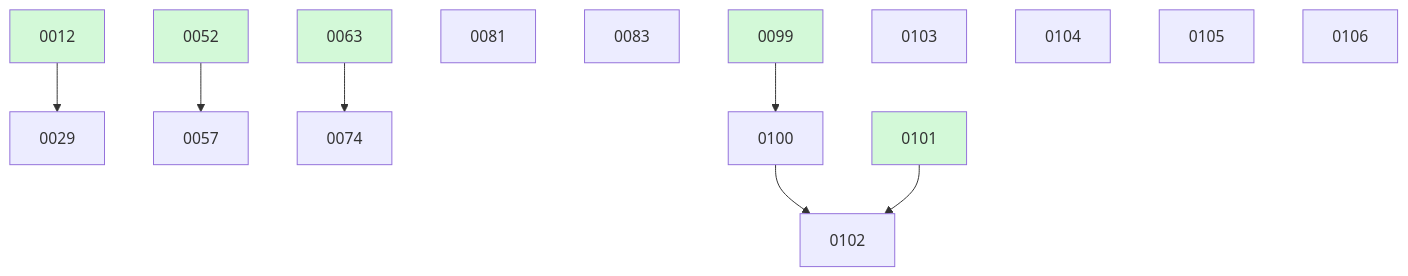
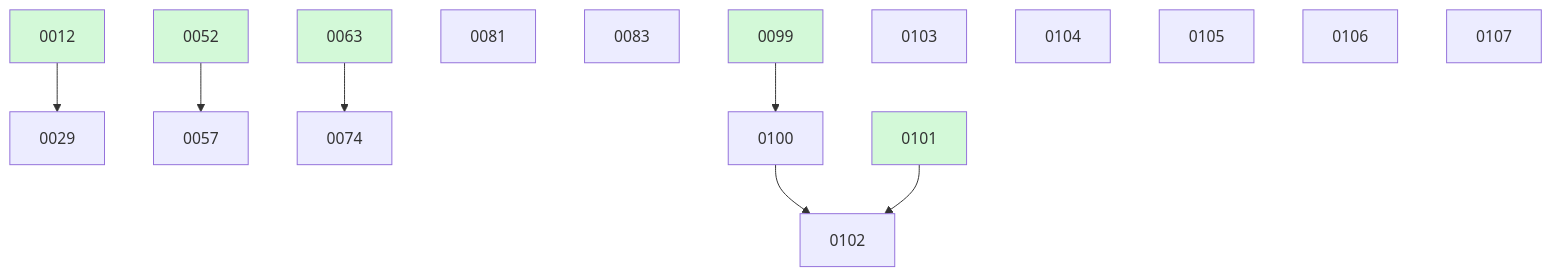
One commit to ethanhinson/fuse changed the diagram in docs/changes/BOARD.md. Above: the diagram before and after it, drawn with Mermaid. The commit also changed other lines of this file and 1 other file, not shown here.

````diff
--- a/docs/changes/BOARD.md
+++ b/docs/changes/BOARD.md
@@ -36,21 +37,22 @@
 ```mermaid
 graph TD
   0012 --> 0029
   0052 --> 0057
   0063 --> 0074
   0081
   0083
   0099 --> 0100
   0100 --> 0102
   0101 --> 0102
   0103
   0104
   0105
   0106
+  0107
   0012:::done
   0052:::done
   0063:::done
   0099:::done
   0101:::done
   classDef done fill:#d3f9d8;
 ```
````
